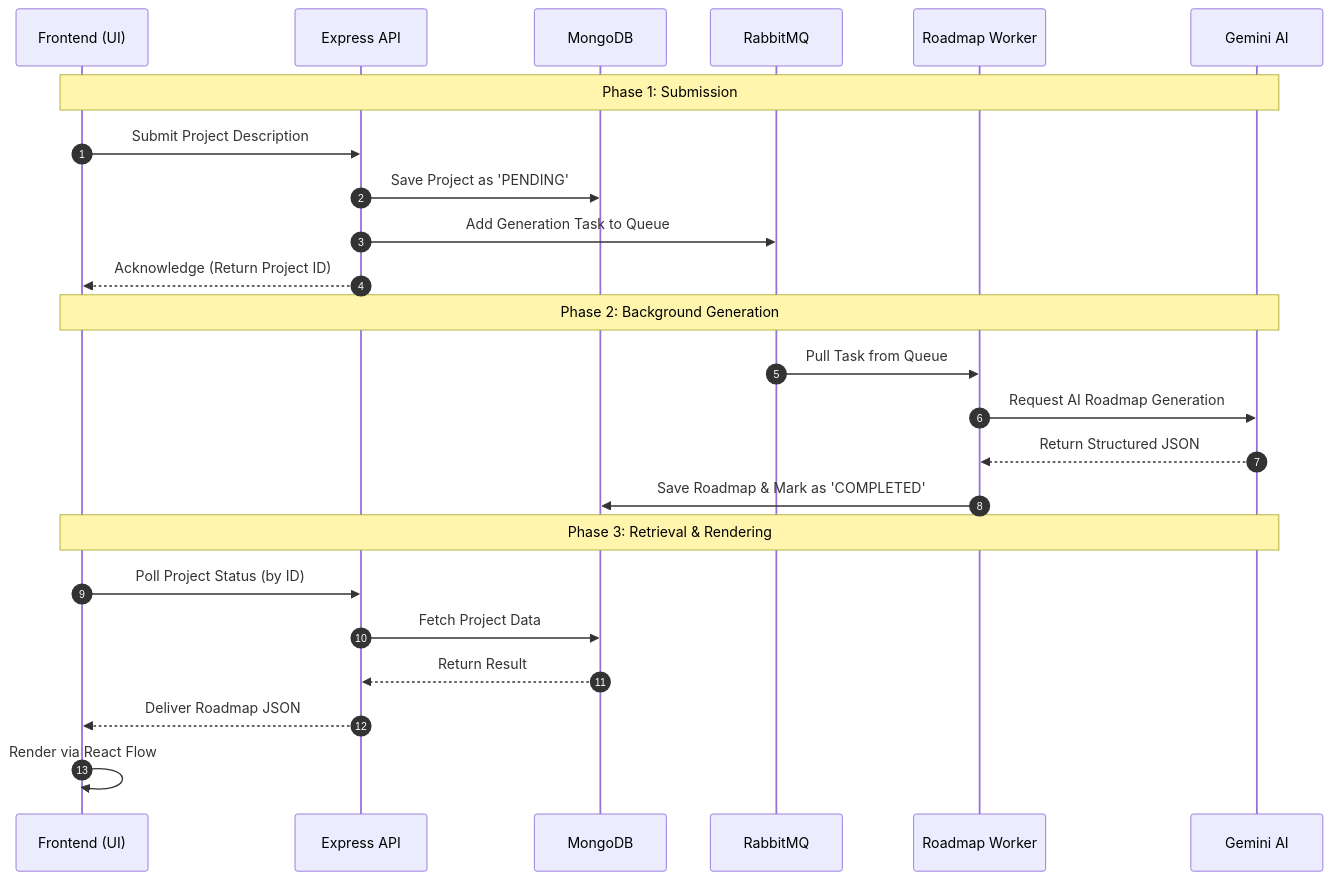
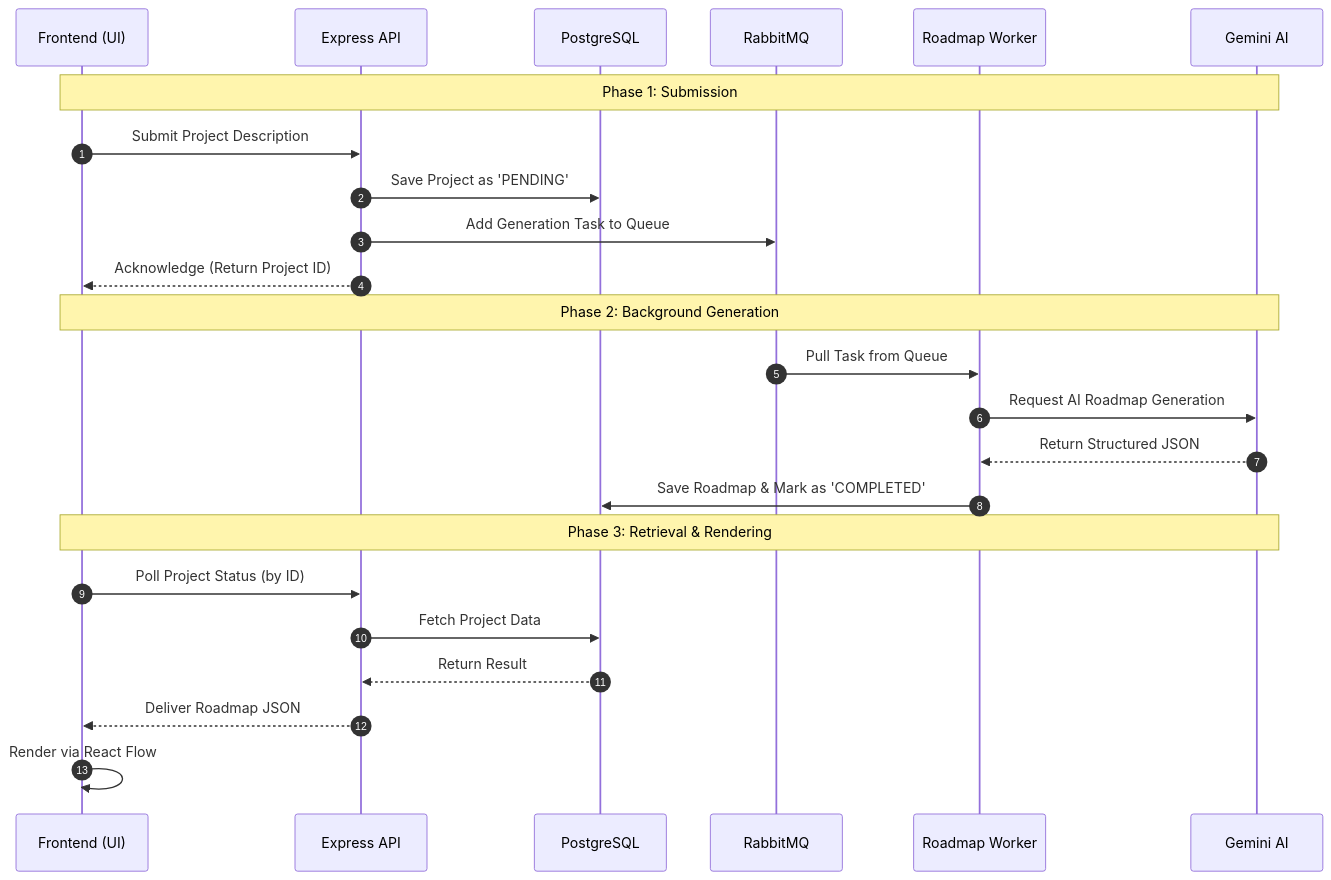
Before and after one commit to m-tabish/bluprnt: the second of 2 diagrams in Readme.md, drawn with Mermaid. The commit also changed other lines of this file and 2 other files, not shown here.

````diff
--- a/Readme.md
+++ b/Readme.md
@@ -51,29 +51,29 @@
 ```mermaid
 sequenceDiagram
     autonumber
     participant UI as Frontend (UI)
     participant API as Express API
-    participant DB as MongoDB
+    participant DB as PostgreSQL
     participant MQ as RabbitMQ
     participant W as Roadmap Worker
     participant G as Gemini AI
 
     Note over UI, G: Phase 1: Submission
     UI->>API: Submit Project Description
     API->>DB: Save Project as 'PENDING'
     API->>MQ: Add Generation Task to Queue
     API-->>UI: Acknowledge (Return Project ID)
 
     Note over UI, G: Phase 2: Background Generation
     MQ->>W: Pull Task from Queue
     W->>G: Request AI Roadmap Generation
     G-->>W: Return Structured JSON
     W->>DB: Save Roadmap & Mark as 'COMPLETED'
 
     Note over UI, G: Phase 3: Retrieval & Rendering
     UI->>API: Poll Project Status (by ID)
     API->>DB: Fetch Project Data
     DB-->>API: Return Result
     API-->>UI: Deliver Roadmap JSON
     UI->>UI: Render via React Flow
 ```
````
